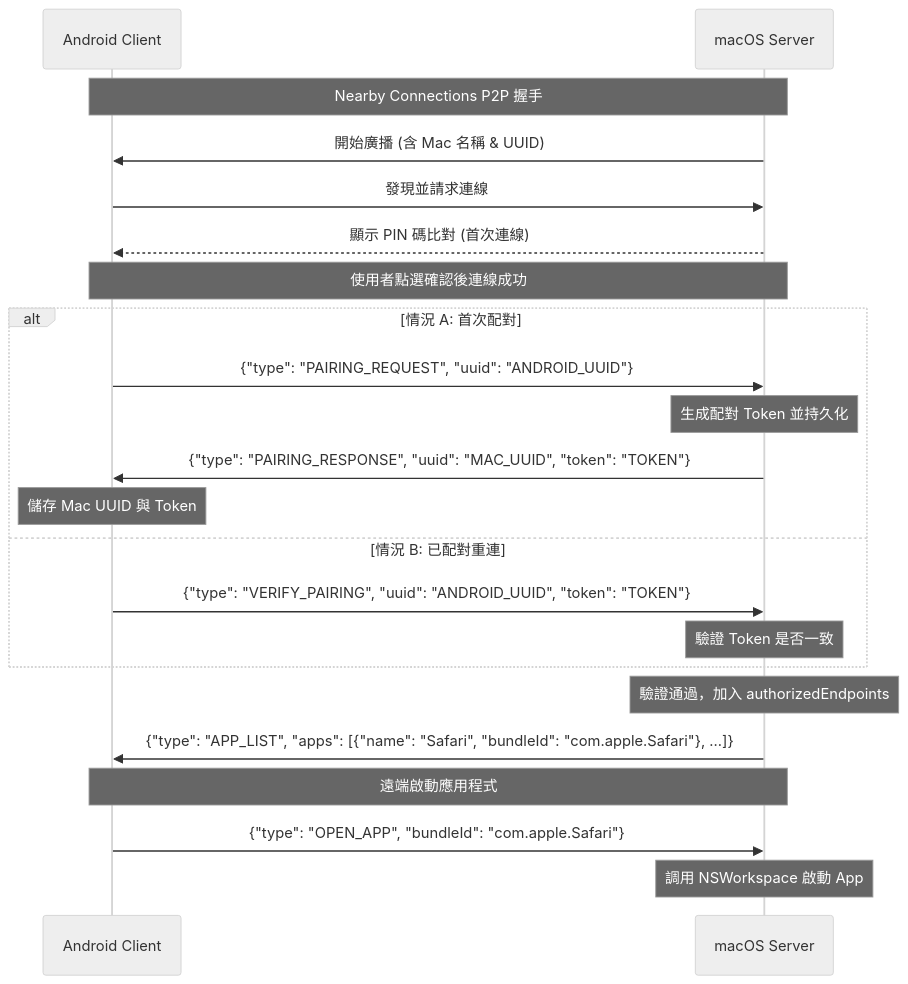
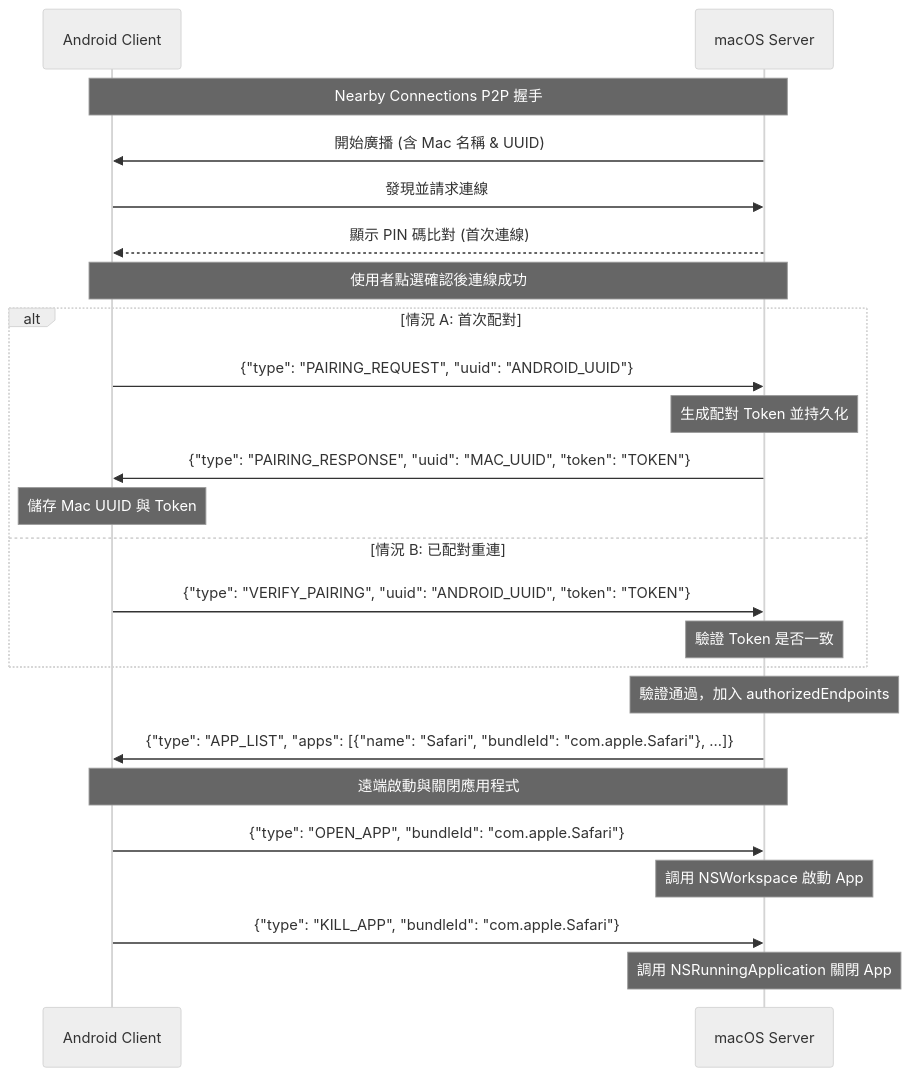
One commit to yung-yu/AirDock changed the diagram in README.md. Above: the diagram before and after it, drawn with Mermaid (neutral theme). The commit also changed other lines of this file, not shown here.

Commit message:
docs: update README with remote kill feature

````diff
--- a/README.md
+++ b/README.md
@@ -59,28 +60,30 @@
 ```mermaid
 sequenceDiagram
     participant A as Android Client
     participant M as macOS Server
     
     Note over A, M: Nearby Connections P2P 握手
     M->>A: 開始廣播 (含 Mac 名稱 & UUID)
     A->>M: 發現並請求連線
     M-->>A: 顯示 PIN 碼比對 (首次連線)
     Note over A, M: 使用者點選確認後連線成功
     
     alt 情況 A: 首次配對
         A->>M: {"type": "PAIRING_REQUEST", "uuid": "ANDROID_UUID"}
         Note over M: 生成配對 Token 並持久化
         M->>A: {"type": "PAIRING_RESPONSE", "uuid": "MAC_UUID", "token": "TOKEN"}
         Note over A: 儲存 Mac UUID 與 Token
     else 情況 B: 已配對重連
         A->>M: {"type": "VERIFY_PAIRING", "uuid": "ANDROID_UUID", "token": "TOKEN"}
         Note over M: 驗證 Token 是否一致
     end
     
     Note over M: 驗證通過，加入 authorizedEndpoints
     M->>A: {"type": "APP_LIST", "apps": [{"name": "Safari", "bundleId": "com.apple.Safari"}, ...]}
     
-    Note over A, M: 遠端啟動應用程式
+    Note over A, M: 遠端啟動與關閉應用程式
     A->>M: {"type": "OPEN_APP", "bundleId": "com.apple.Safari"}
     Note over M: 調用 NSWorkspace 啟動 App
+    A->>M: {"type": "KILL_APP", "bundleId": "com.apple.Safari"}
+    Note over M: 調用 NSRunningApplication 關閉 App
 ```
````
